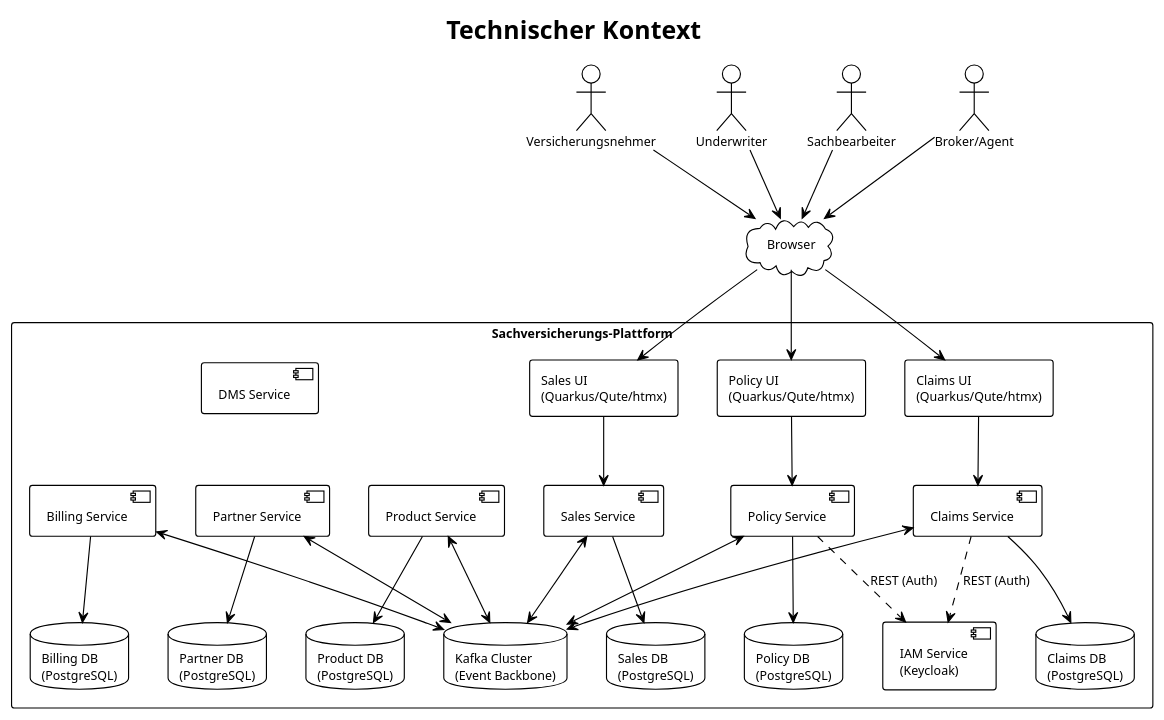
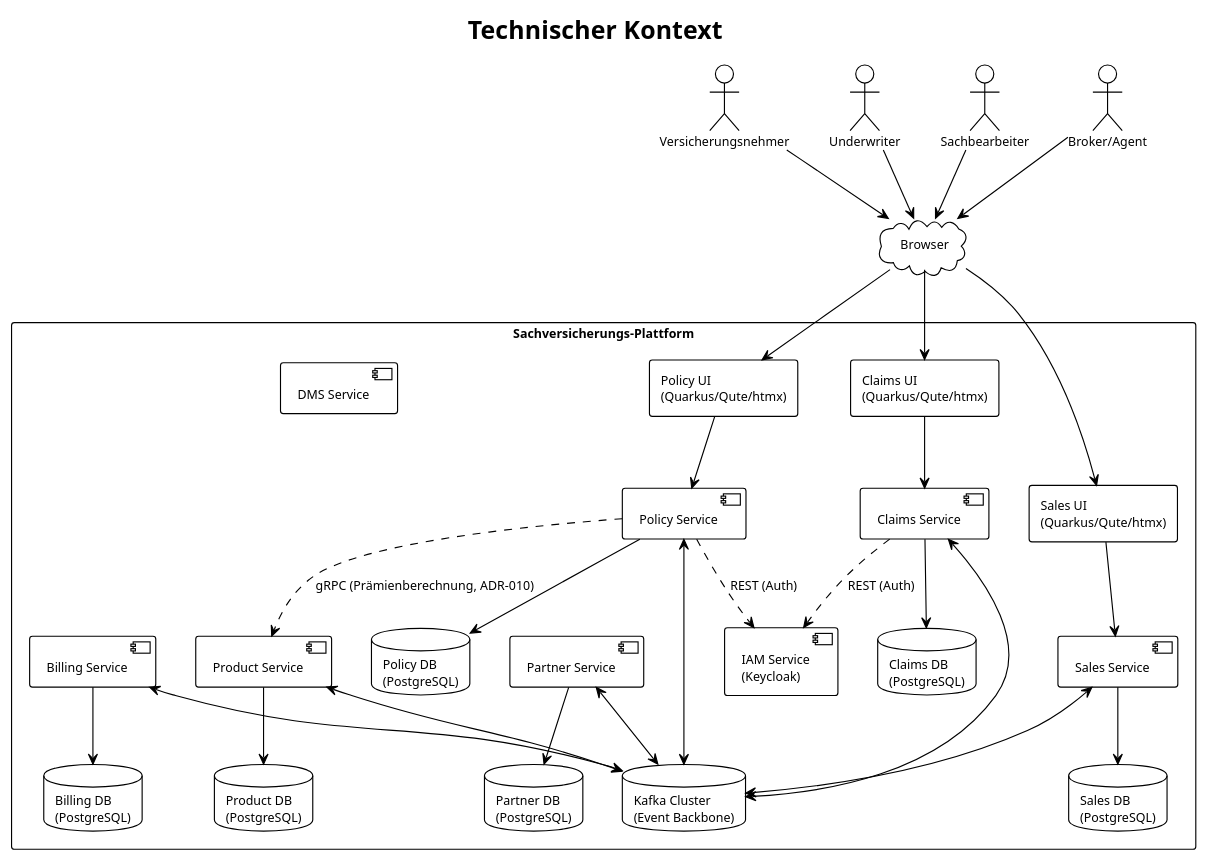
One commit to LukasW/datamesh changed the second of 16 diagrams in specs/arc42.md. Above: the diagram before and after it, drawn with PlantUML. The commit also changed other lines of this file and 524 other files, not shown here.

````diff
--- a/specs/arc42.md
+++ b/specs/arc42.md
@@ -139,69 +139,70 @@
 ```plantuml
 @startuml tech-context
 !theme plain
 skinparam defaultFontSize 11
 
 title Technischer Kontext
 
 actor "Versicherungsnehmer" as VN
 actor "Underwriter" as UW
 actor "Sachbearbeiter" as SB
 actor "Broker/Agent" as BR
 
 cloud "Browser" as BROWSER
 
 rectangle "Sachversicherungs-Plattform" {
   rectangle "Policy UI\n(Quarkus/Qute/htmx)" as POLUI
   rectangle "Claims UI\n(Quarkus/Qute/htmx)" as CLMUI
   rectangle "Sales UI\n(Quarkus/Qute/htmx)" as SALUI
 
   component "Policy Service" as POLSVC
   component "Claims Service" as CLMSVC
   component "Product Service" as PRODSVC
   component "Partner Service" as PARTSVC
   component "Billing Service" as BILSVC
   component "Sales Service" as SALSVC
   component "DMS Service" as DMSSVC
   component "IAM Service\n(Keycloak)" as IAMSVC
 
   database "Kafka Cluster\n(Event Backbone)" as KAFKA
   database "Policy DB\n(PostgreSQL)" as POLDB
   database "Claims DB\n(PostgreSQL)" as CLMDB
   database "Billing DB\n(PostgreSQL)" as BILDB
   database "Product DB\n(PostgreSQL)" as PRODDB
   database "Partner DB\n(PostgreSQL)" as PARTDB
   database "Sales DB\n(PostgreSQL)" as SALESDB
 }
 
 VN --> BROWSER
 UW --> BROWSER
 SB --> BROWSER
 BR --> BROWSER
 
 BROWSER --> POLUI
 BROWSER --> CLMUI
 BROWSER --> SALUI
 
 POLUI --> POLSVC
 CLMUI --> CLMSVC
 SALUI --> SALSVC
 
 POLSVC --> POLDB
 CLMSVC --> CLMDB
 BILSVC --> BILDB
 PRODSVC --> PRODDB
 PARTSVC --> PARTDB
 SALSVC --> SALESDB
 
 POLSVC <--> KAFKA
 CLMSVC <--> KAFKA
 BILSVC <--> KAFKA
 PRODSVC <--> KAFKA
 PARTSVC <--> KAFKA
 SALSVC <--> KAFKA
 
 POLSVC ..> IAMSVC : REST (Auth)
 CLMSVC ..> IAMSVC : REST (Auth)
+POLSVC ..> PRODSVC : gRPC (Prämienberechnung, ADR-010)
 
 @enduml
 ```
````
